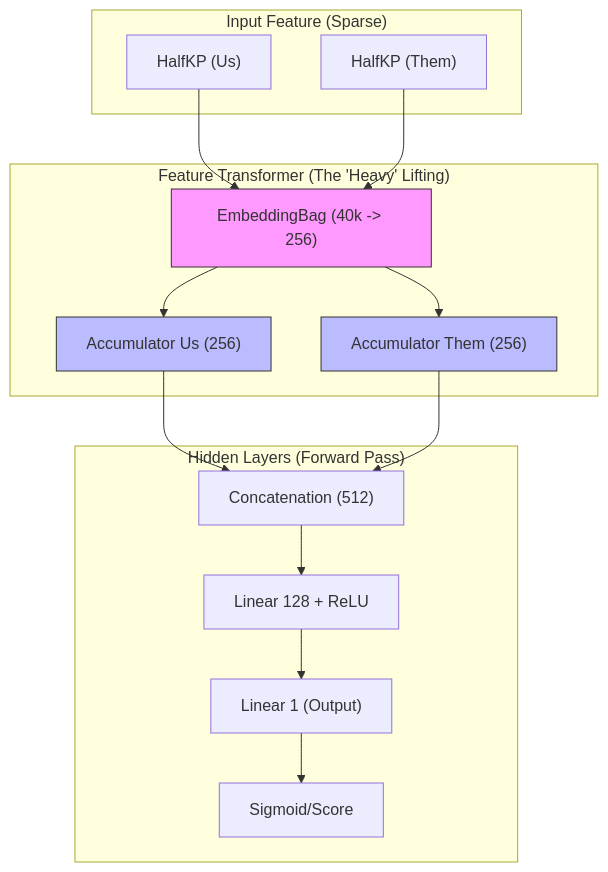
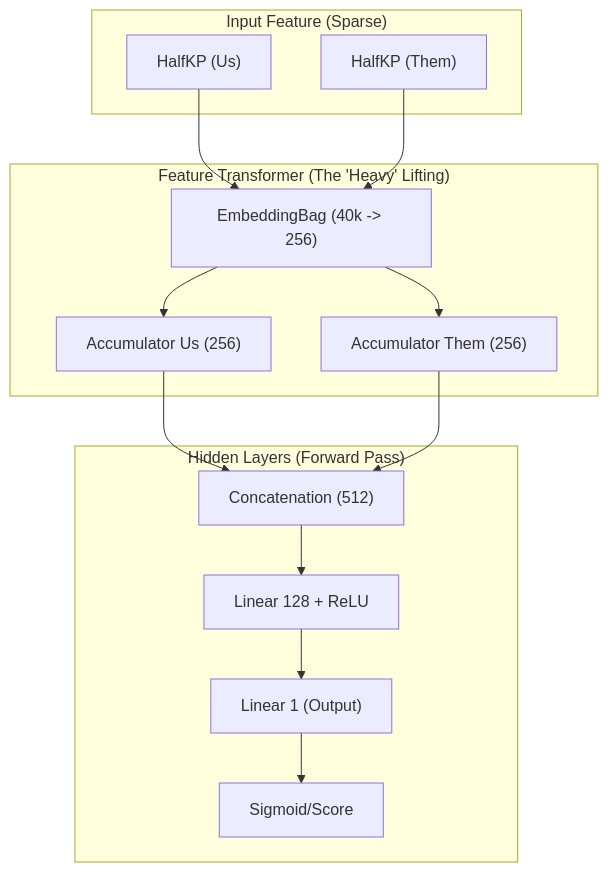
Before and after one commit to l145dev/chess-ai: the first of 3 diagrams in engines/README.md, drawn with Mermaid.

Commit message:
fix/doc: unreadable text removed color

````diff
--- a/engines/README.md
+++ b/engines/README.md
@@ -76,31 +76,27 @@
 ```mermaid
 graph TD
     subgraph "Input Feature (Sparse)"
         HKP_US["HalfKP (Us)"]
         HKP_THEM["HalfKP (Them)"]
     end
     
     subgraph "Feature Transformer (The 'Heavy' Lifting)"
         FT["EmbeddingBag (40k -> 256)"]
         ACC_US["Accumulator Us (256)"]
         ACC_THEM["Accumulator Them (256)"]
         
         HKP_US --> FT --> ACC_US
         HKP_THEM --> FT --> ACC_THEM
     end
     
     subgraph "Hidden Layers (Forward Pass)"
         CONCAT["Concatenation (512)"]
         L1["Linear 128 + ReLU"]
         L2["Linear 1 (Output)"]
         SIGMOID["Sigmoid/Score"]
         
         ACC_US --> CONCAT
         ACC_THEM --> CONCAT
         CONCAT --> L1 --> L2 --> SIGMOID
     end
-
-    style FT fill:#f9f,stroke:#333
-    style ACC_US fill:#bbf,stroke:#333
-    style ACC_THEM fill:#bbf,stroke:#333
 ```
````
